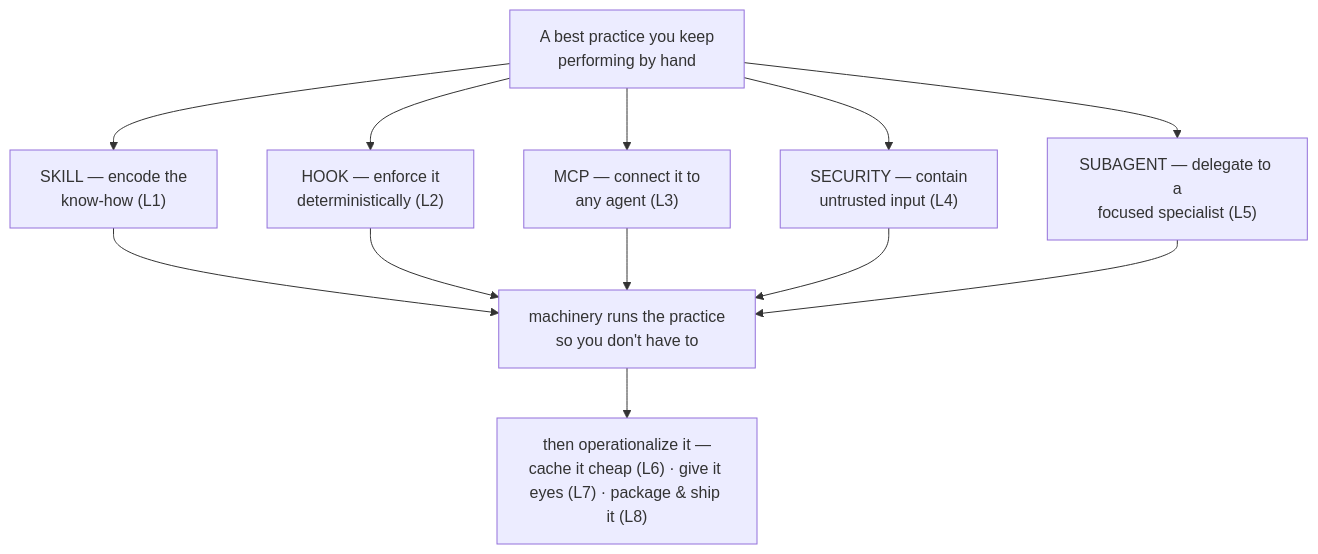
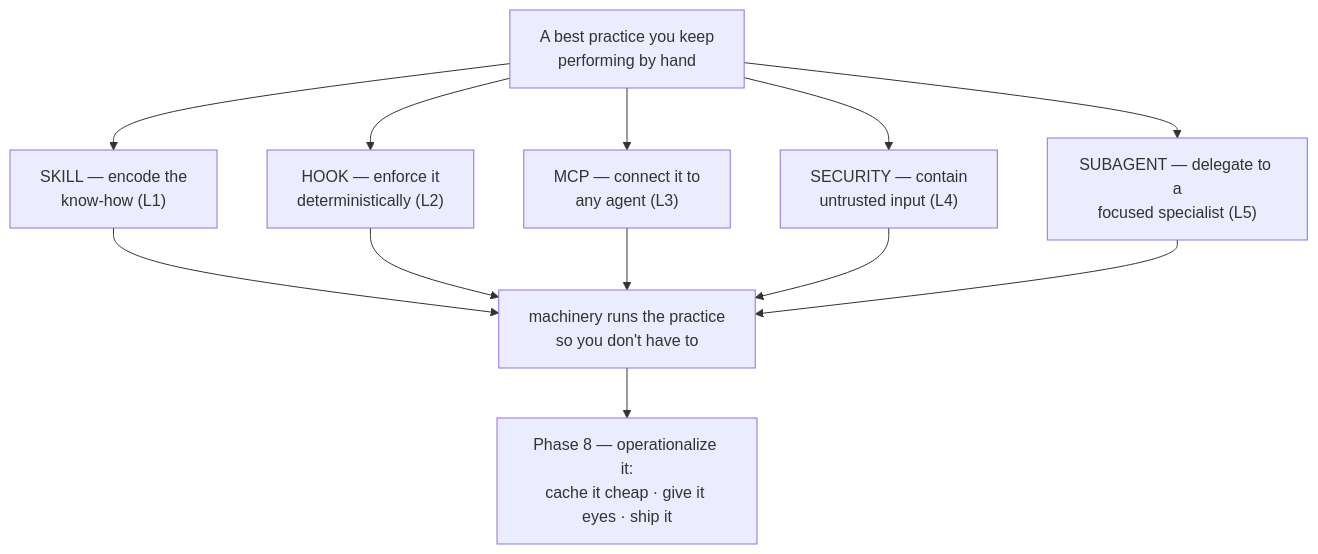
The diagram in docs/curriculum/07-advanced-patterns/index.md (CodyAMaughan/agent-first-engineering), drawn with Mermaid before and after one commit. The commit also changed other lines of this file and 13 other files, not shown here.

````diff
--- a/docs/curriculum/07-advanced-patterns/index.md
+++ b/docs/curriculum/07-advanced-patterns/index.md
@@ -49,15 +49,15 @@
 ```mermaid
 flowchart TB
     D["A best practice you keep<br/>performing by hand"]
     D --> S["SKILL — encode the<br/>know-how (L1)"]
     D --> H["HOOK — enforce it<br/>deterministically (L2)"]
     D --> M["MCP — connect it to<br/>any agent (L3)"]
     D --> SEC["SECURITY — contain<br/>untrusted input (L4)"]
     D --> SUB["SUBAGENT — delegate to a<br/>focused specialist (L5)"]
     S --> R["machinery runs the practice<br/>so you don't have to"]
     H --> R
     M --> R
     SEC --> R
     SUB --> R
-    R --> OPS["then operationalize it —<br/>cache it cheap (L6) · give it eyes (L7) · package & ship it (L8)"]
+    R --> OPS["Phase 8 — operationalize it:<br/>cache it cheap · give it eyes · ship it"]
 ```
````
